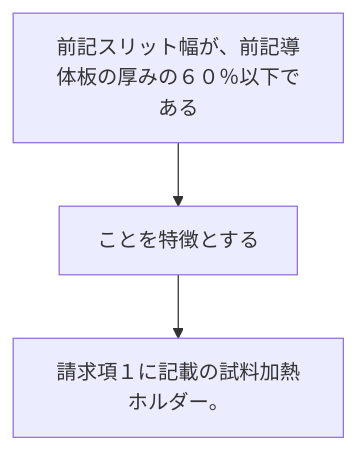
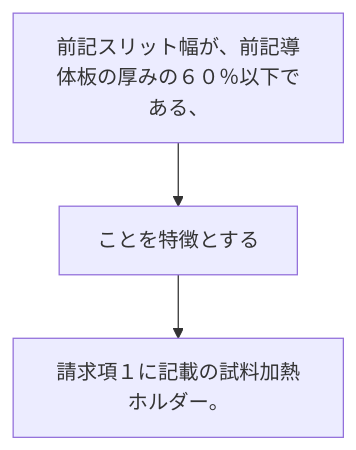
The diagram in 2024/JP2024030202A/claim_7/README.md (shinmori55/patent_analyzed), drawn with Mermaid before and after one commit. The commit also changed 336 other files, not shown here.

````diff
--- a/2024/JP2024030202A/claim_7/README.md
+++ b/2024/JP2024030202A/claim_7/README.md
@@ -2,8 +2,8 @@
 ```mermaid
 flowchart TD
-A[前記スリット幅が、前記導体板の厚みの６０％以下である]
+A[前記スリット幅が、前記導体板の厚みの６０％以下である、]
 B[ことを特徴とする]
 C[請求項１に記載の試料加熱ホルダー。]
 A --> B
 B --> C
 ```
````
